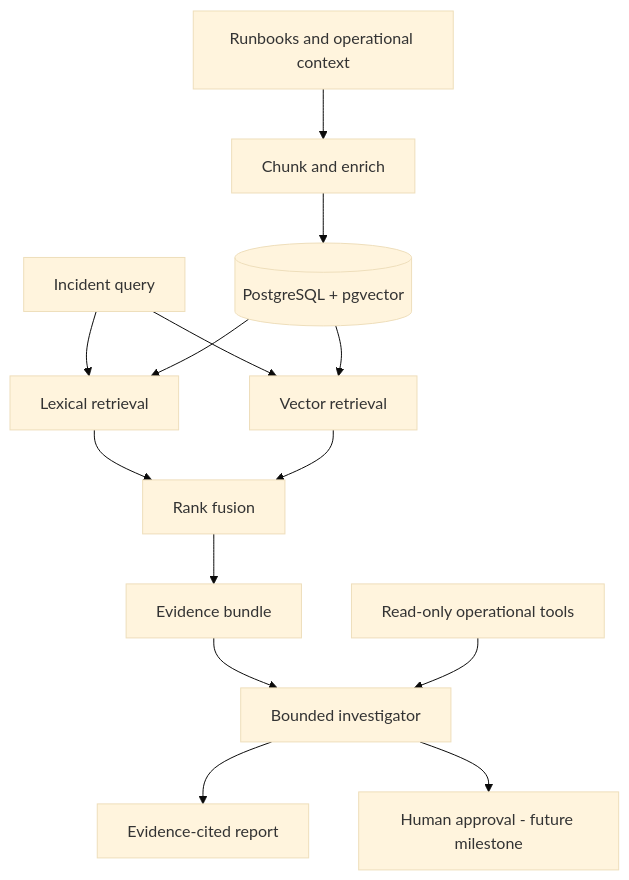
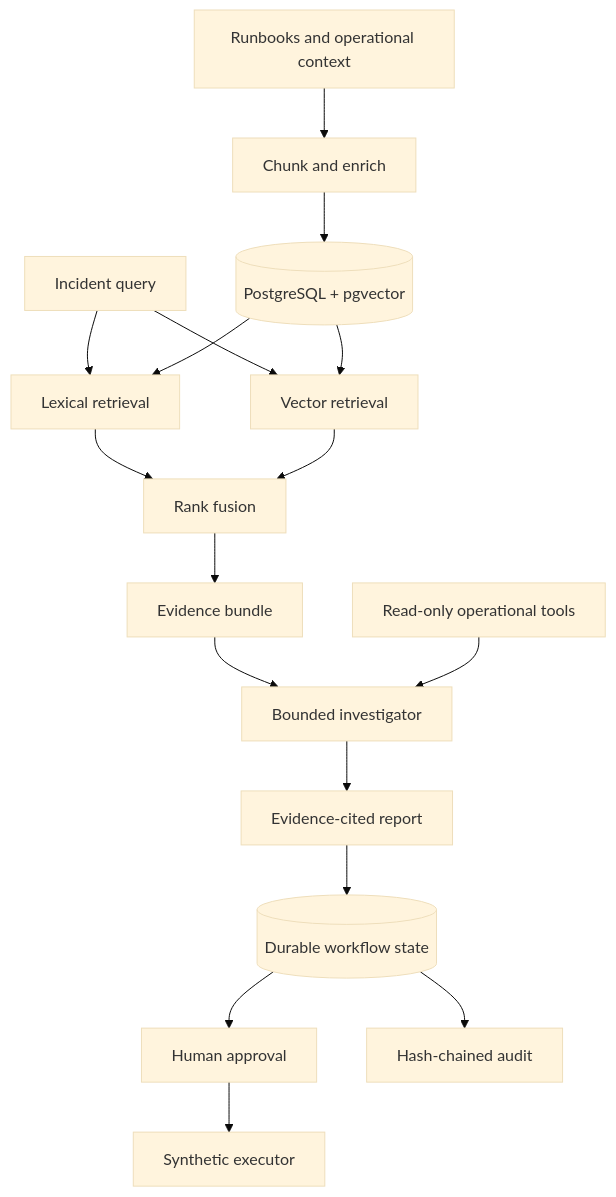
One commit to KishorePav/opspilot changed the diagram in README.md. Above: the diagram before and after it, drawn with Mermaid (base theme). The commit also changed other lines of this file and 23 other files, not shown here.

Commit message:
Add durable approval workflow

````diff
--- a/README.md
+++ b/README.md
@@ -59,16 +68,19 @@
 ```mermaid
 flowchart TD
     A[Runbooks and operational context] --> B[Chunk and enrich]
     B --> C[(PostgreSQL + pgvector)]
     D[Incident query] --> E[Lexical retrieval]
     D --> F[Vector retrieval]
     C --> E
     C --> F
     E --> G[Rank fusion]
     F --> G
     G --> H[Evidence bundle]
     H --> I[Bounded investigator]
     K[Read-only operational tools] --> I
     I --> L[Evidence-cited report]
-    I --> J[Human approval - future milestone]
+    L --> M[(Durable workflow state)]
+    M --> J[Human approval]
+    J --> N[Synthetic executor]
+    M --> O[Hash-chained audit]
 ```
````
